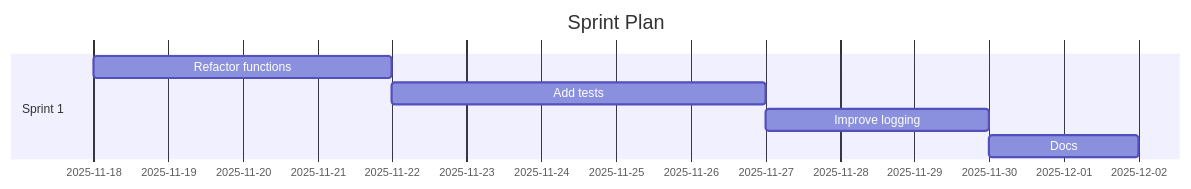
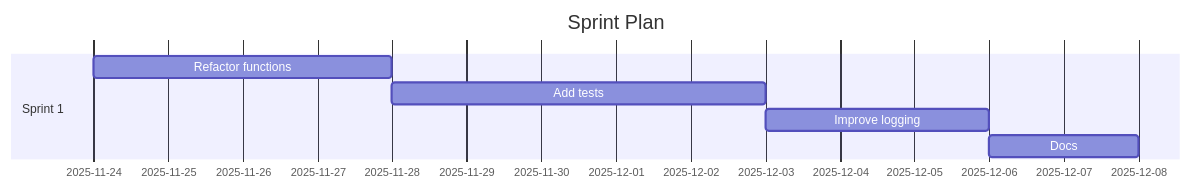
Before and after one commit to Anselmoo/mcp-ai-agent-guidelines: the diagram in demos/demo-code-analysis.sprint.md, drawn with Mermaid. The commit also changed other lines of this file and 20 other files, not shown here.

````diff
--- a/demos/demo-code-analysis.sprint.md
+++ b/demos/demo-code-analysis.sprint.md
@@ -59,11 +59,11 @@
 ```mermaid
 gantt
 	dateFormat  YYYY-MM-DD
 	title Sprint Plan
 %% Accessibility: Title=Project Sprint Plan; Description=Gantt chart of sprints and tasks over time. %%
   section Sprint 1
-  Refactor functions :s1t0, 2025-11-18, 4d
-  Add tests :s1t1, 2025-11-22, 5d
-  Improve logging :s1t2, 2025-11-27, 3d
-  Docs :s1t3, 2025-11-30, 2d
+  Refactor functions :s1t0, 2025-11-24, 4d
+  Add tests :s1t1, 2025-11-28, 5d
+  Improve logging :s1t2, 2025-12-03, 3d
+  Docs :s1t3, 2025-12-06, 2d
 ```
````
